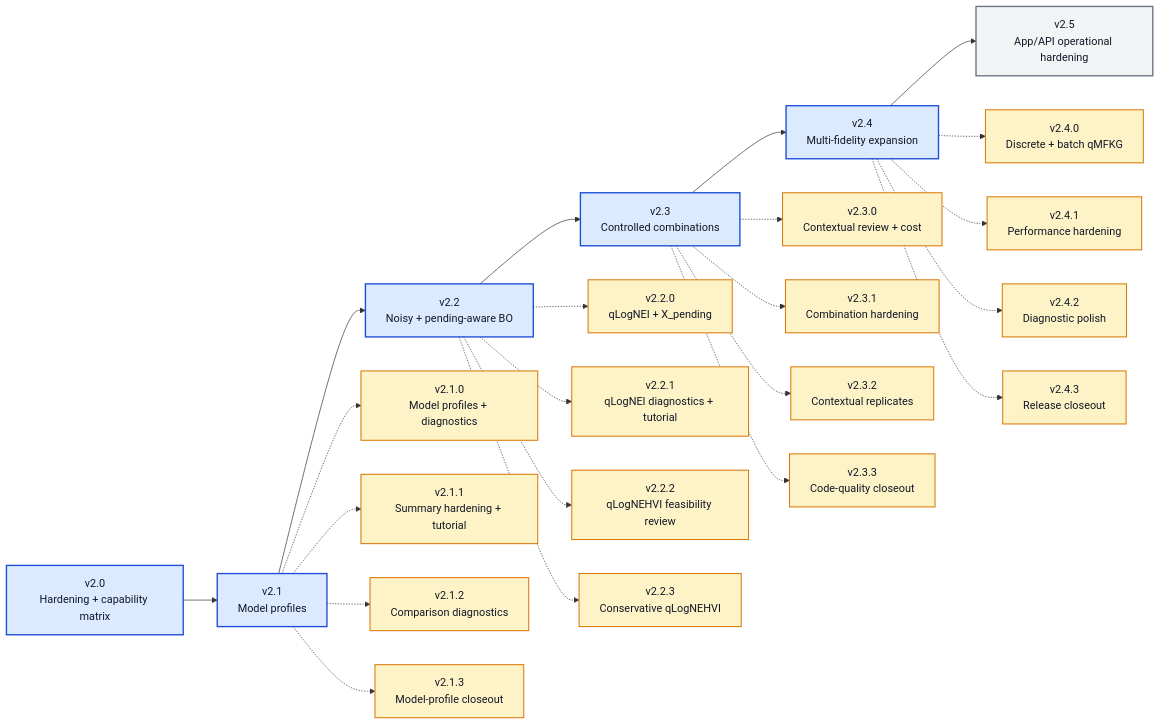
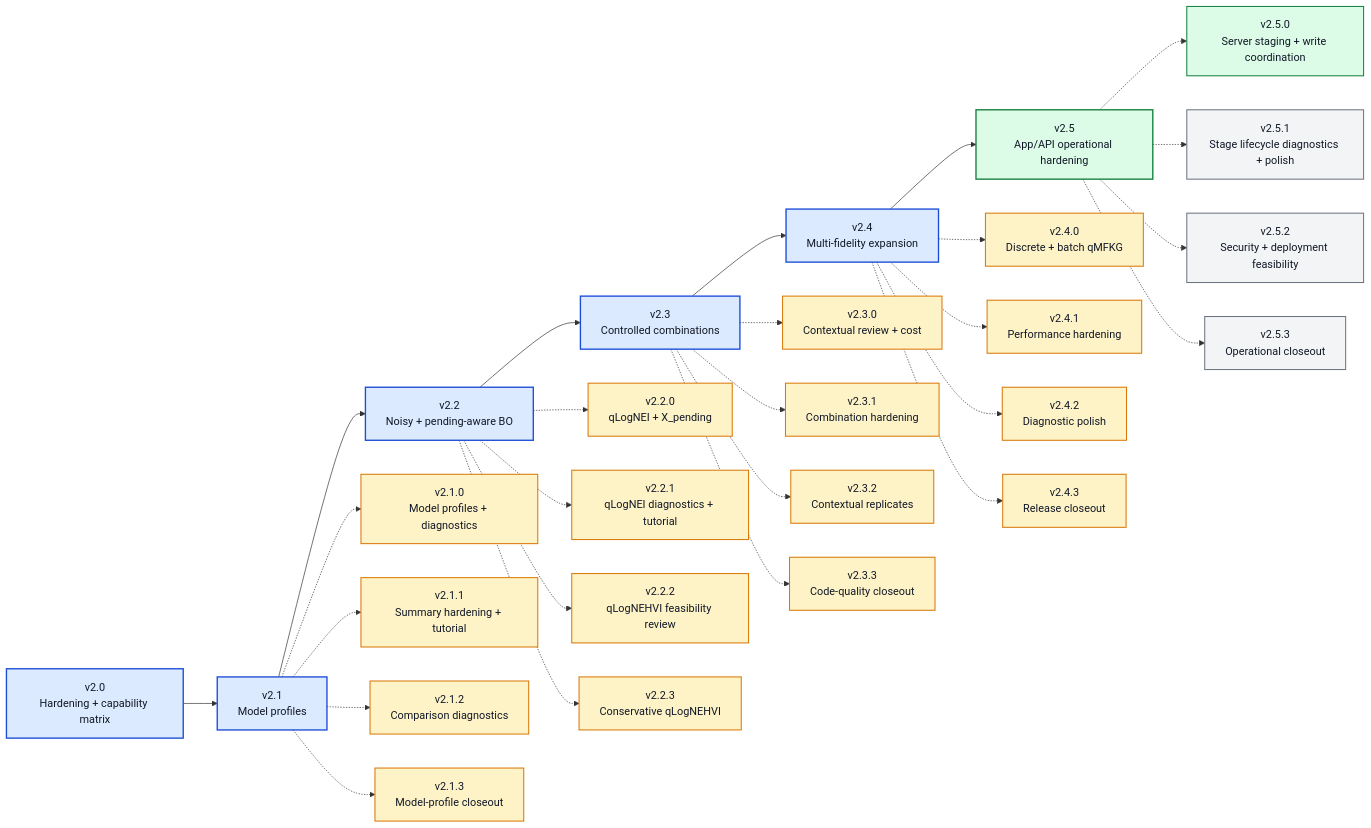
The diagram in ROADMAP_V2_X.md (angzeli/bo-forge), drawn with Mermaid before and after one commit. The commit also changed other lines of this file and 35 other files, not shown here.

Commit message:
v2.5.0 update: Add server staging and concurrent write safety

````diff
--- a/ROADMAP_V2_X.md
+++ b/ROADMAP_V2_X.md
@@ -14,49 +14,62 @@
 ```mermaid
 flowchart LR
     v20["v2.0<br/>Hardening + capability matrix"] --> v21["v2.1<br/>Model profiles"] --> v22["v2.2<br/>Noisy + pending-aware BO"] --> v23["v2.3<br/>Controlled combinations"] --> v24["v2.4<br/>Multi-fidelity expansion"] --> v25["v2.5<br/>App/API operational hardening"]
 
     v210["v2.1.0<br/>Model profiles + diagnostics"]
     v211["v2.1.1<br/>Summary hardening + tutorial"]
     v212["v2.1.2<br/>Comparison diagnostics"]
     v213["v2.1.3<br/>Model-profile closeout"]
     v220["v2.2.0<br/>qLogNEI + X_pending"]
     v221["v2.2.1<br/>qLogNEI diagnostics + tutorial"]
     v222["v2.2.2<br/>qLogNEHVI feasibility review"]
     v223["v2.2.3<br/>Conservative qLogNEHVI"]
     v230["v2.3.0<br/>Contextual review + cost"]
     v231["v2.3.1<br/>Combination hardening"]
     v232["v2.3.2<br/>Contextual replicates"]
     v233["v2.3.3<br/>Code-quality closeout"]
     v240["v2.4.0<br/>Discrete + batch qMFKG"]
     v241["v2.4.1<br/>Performance hardening"]
     v242["v2.4.2<br/>Diagnostic polish"]
     v243["v2.4.3<br/>Release closeout"]
+    v250["v2.5.0<br/>Server staging + write coordination"]
+    v251["v2.5.1<br/>Stage lifecycle diagnostics + polish"]
+    v252["v2.5.2<br/>Security + deployment feasibility"]
+    v253["v2.5.3<br/>Operational closeout"]
 
     v21 -.-> v210
     v21 -.-> v211
     v21 -.-> v212
     v21 -.-> v213
     v22 -.-> v220
     v22 -.-> v221
     v22 -.-> v222
     v22 -.-> v223
     v23 -.-> v230
     v23 -.-> v231
     v23 -.-> v232
     v23 -.-> v233
     v24 -.-> v240
     v24 -.-> v241
     v24 -.-> v242
     v24 -.-> v243
+    v25 -.-> v250
+    v25 -.-> v251
+    v25 -.-> v252
+    v25 -.-> v253
 
     class v20,v21,v22,v23,v24 majorDone
-    class v25 majorFuture
+    class v25 majorActive
     class v210,v211,v212,v213 patchDone
     class v220,v221,v222,v223 patchDone
     class v230,v231,v232,v233 patchDone
     class v240,v241,v242,v243 patchDone
+    class v250 patchActive
+    class v251,v252,v253 patchFuture
 
     classDef majorDone fill:#dbeafe,stroke:#1d4ed8,stroke-width:2px,color:#111827;
+    classDef majorActive fill:#dcfce7,stroke:#15803d,stroke-width:2px,color:#111827;
     classDef majorFuture fill:#f3f4f6,stroke:#6b7280,stroke-width:2px,color:#111827;
     classDef patchDone fill:#fef3c7,stroke:#d97706,stroke-width:1.5px,color:#111827;
+    classDef patchActive fill:#dcfce7,stroke:#15803d,stroke-width:1.5px,color:#111827;
+    classDef patchFuture fill:#f3f4f6,stroke:#6b7280,stroke-width:1.5px,color:#111827;
 ```
````
